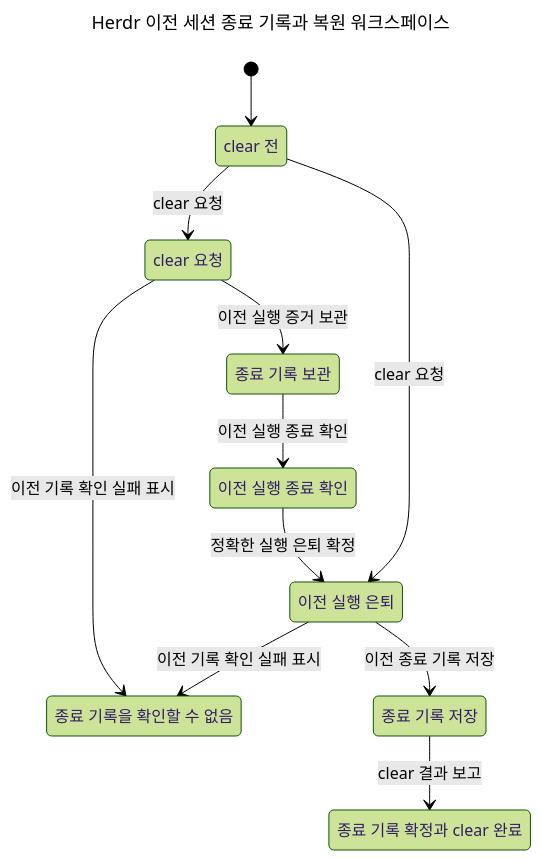
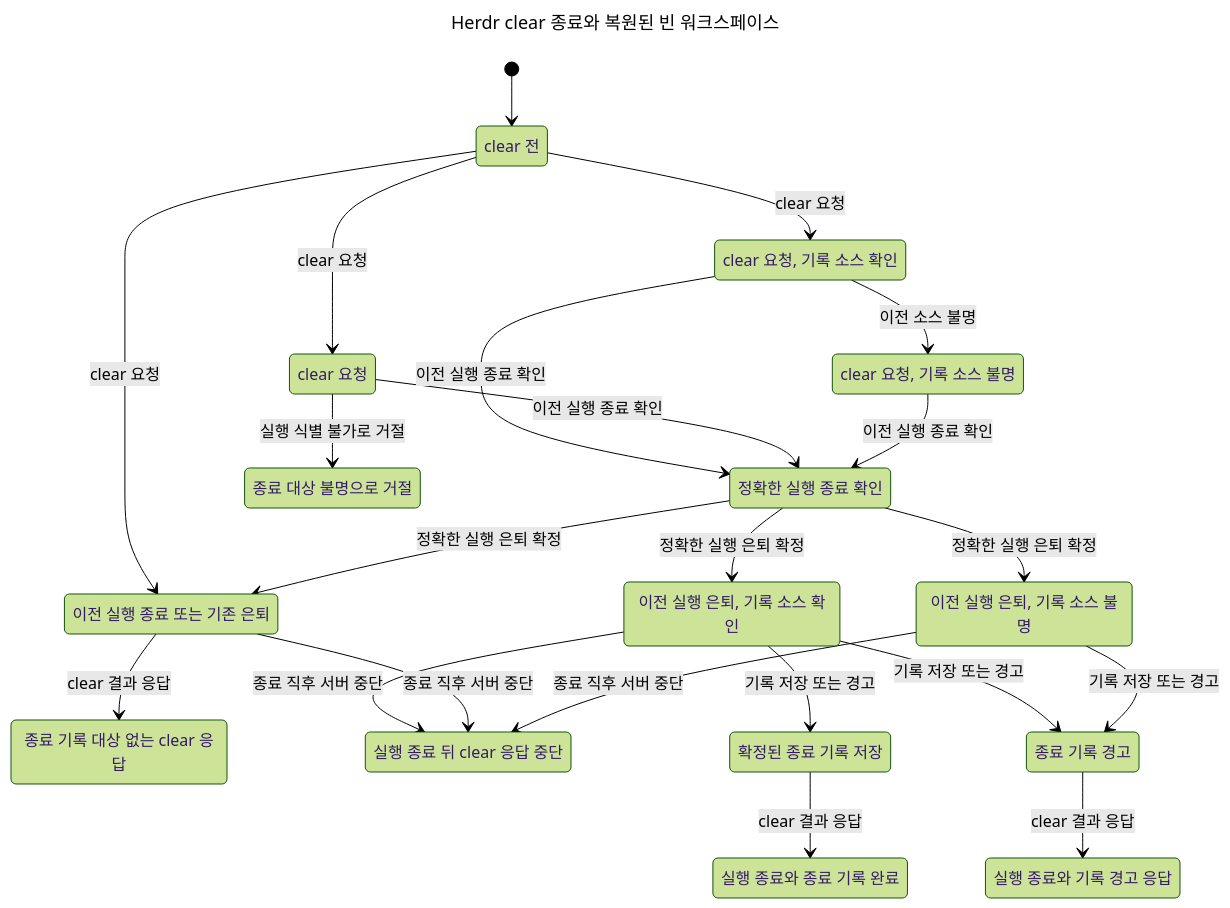
The diagram in docs/statecharts/session-lifecycle/herdr-clear-restore.clear.chart.mmd (itismyfield/AgentDesk), drawn with Mermaid (forest theme) before and after one commit. The commit also changed 23 other files, not shown here.

```diff
--- a/docs/statecharts/session-lifecycle/herdr-clear-restore.clear.chart.mmd
+++ b/docs/statecharts/session-lifecycle/herdr-clear-restore.clear.chart.mmd
@@ -1,22 +1,40 @@
 ---
-title: "Herdr 이전 세션 종료 기록과 복원 워크스페이스"
+title: "Herdr clear 종료와 복원된 빈 워크스페이스"
 ---
 stateDiagram-v2
   s0: clear 전
-  s1: clear 요청
-  s2: 이전 실행 은퇴
-  s3: 종료 기록을 확인할 수 없음
-  s4: 종료 기록 보관
-  s5: 이전 실행 종료 확인
-  s6: 종료 기록 저장
-  s7: 종료 기록 확정과 clear 완료
+  s1: clear 요청, 기록 소스 확인
+  s2: clear 요청
+  s3: 이전 실행 종료 또는 기존 은퇴
+  s4: clear 요청, 기록 소스 불명
+  s5: 정확한 실행 종료 확인
+  s6: 종료 기록 대상 없는 clear 응답
+  s7: 종료 대상 불명으로 거절
+  s8: 이전 실행 은퇴, 기록 소스 확인
+  s9: 실행 종료 뒤 clear 응답 중단
+  s10: 이전 실행 은퇴, 기록 소스 불명
+  s11: 확정된 종료 기록 저장
+  s12: 종료 기록 경고
+  s13: 실행 종료와 종료 기록 완료
+  s14: 실행 종료와 기록 경고 응답
   [*] --> s0
   s0 --> s1: clear 요청
   s0 --> s2: clear 요청
-  s1 --> s4: 이전 실행 증거 보관
-  s2 --> s3: 이전 기록 확인 실패 표시
-  s1 --> s3: 이전 기록 확인 실패 표시
+  s0 --> s3: clear 요청
+  s1 --> s4: 이전 소스 불명
+  s1 --> s5: 이전 실행 종료 확인
+  s2 --> s5: 이전 실행 종료 확인
+  s3 --> s6: clear 결과 응답
+  s2 --> s7: 실행 식별 불가로 거절
   s4 --> s5: 이전 실행 종료 확인
-  s5 --> s2: 정확한 실행 은퇴 확정
-  s2 --> s6: 이전 종료 기록 저장
-  s6 --> s7: clear 결과 보고
+  s5 --> s8: 정확한 실행 은퇴 확정
+  s5 --> s3: 정확한 실행 은퇴 확정
+  s5 --> s10: 정확한 실행 은퇴 확정
+  s8 --> s9: 종료 직후 서버 중단
+  s8 --> s11: 기록 저장 또는 경고
+  s8 --> s12: 기록 저장 또는 경고
+  s3 --> s9: 종료 직후 서버 중단
+  s10 --> s9: 종료 직후 서버 중단
+  s10 --> s12: 기록 저장 또는 경고
+  s11 --> s13: clear 결과 응답
+  s12 --> s14: clear 결과 응답
```
